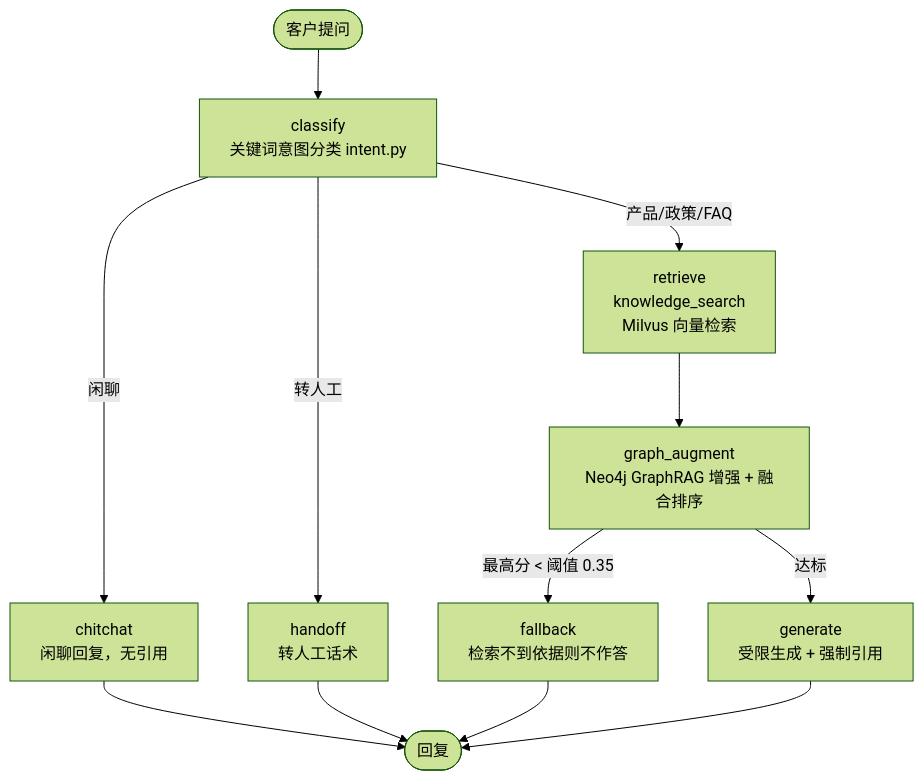
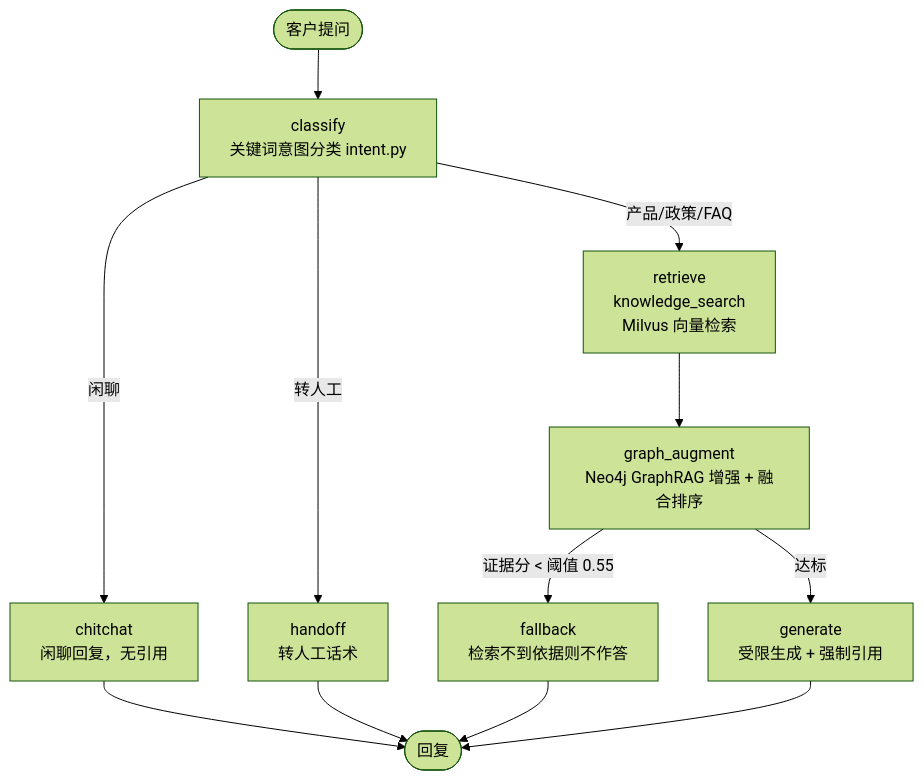
The second of 11 diagrams in docs/system-architecture.md (nizhaojie/SmartWealthManagement), drawn with Mermaid (forest theme) before and after one commit. The commit also changed other lines of this file and 9 other files, not shown here.

````diff
--- a/docs/system-architecture.md
+++ b/docs/system-architecture.md
@@ -74,14 +74,14 @@
 ```mermaid
 flowchart TD
     START(["客户提问"]) --> CLS["classify<br/>关键词意图分类 intent.py"]
     CLS -->|"闲聊"| CH["chitchat<br/>闲聊回复，无引用"]
     CLS -->|"转人工"| HO["handoff<br/>转人工话术"]
     CLS -->|"产品/政策/FAQ"| RET["retrieve<br/>knowledge_search<br/>Milvus 向量检索"]
     RET --> GA["graph_augment<br/>Neo4j GraphRAG 增强 + 融合排序"]
-    GA -->|"最高分 < 阈值 0.35"| FB["fallback<br/>检索不到依据则不作答"]
+    GA -->|"证据分 < 阈值 0.55"| FB["fallback<br/>检索不到依据则不作答"]
     GA -->|"达标"| GEN["generate<br/>受限生成 + 强制引用"]
     CH --> END(["回复"])
     HO --> END
     FB --> END
     GEN --> END
 ```
````
